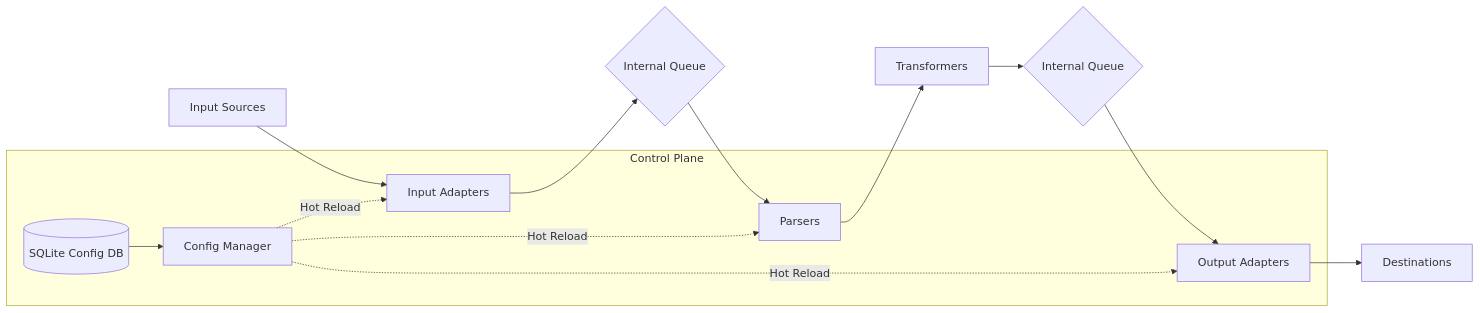
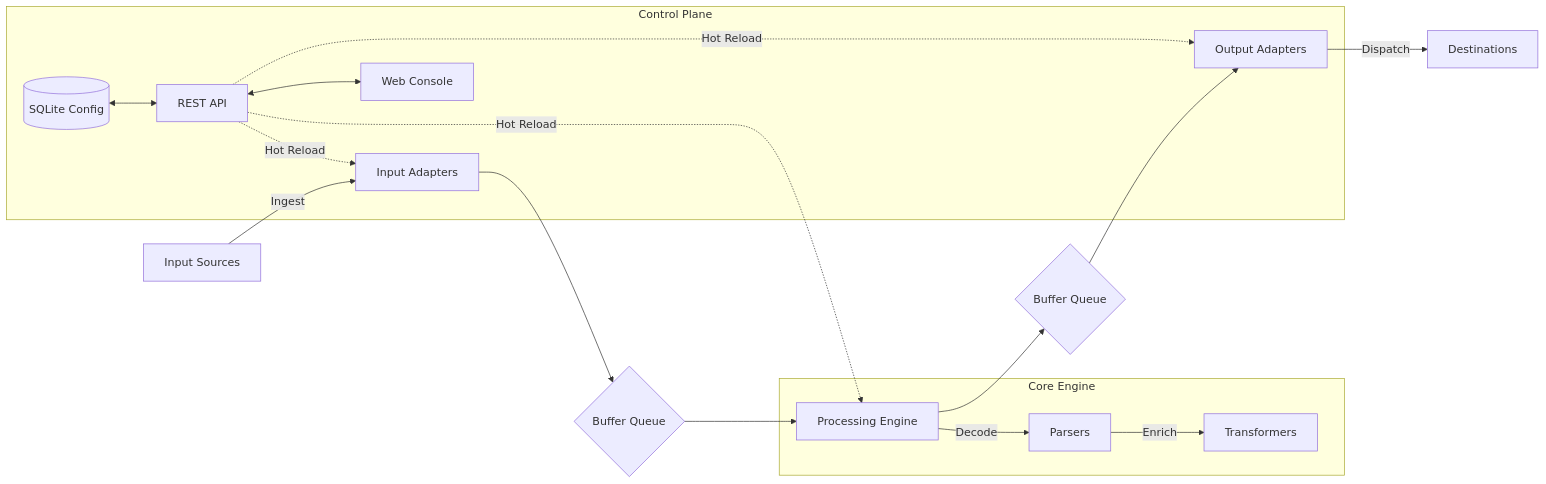
Before and after one commit to keinus/logparser: the second of 2 diagrams in README.md, drawn with Mermaid. The commit also changed other lines of this file and 1 other file, not shown here.

Commit message:
feat: update README with UI console documentation and architecture overhaul

````diff
--- a/README.md
+++ b/README.md
@@ -33,17 +70,23 @@
 ```mermaid
 graph LR
-    Input[Input Sources] --> IA[Input Adapters]
-    IA --> Q1{Internal Queue}
-    Q1 --> P[Parsers]
-    P --> T[Transformers]
-    T --> Q2{Internal Queue}
+    Input[Input Sources] -->|Ingest| IA[Input Adapters]
+    IA --> Q1{Buffer Queue}
+    Q1 --> Process[Processing Engine]
+    
+    subgraph "Core Engine"
+        Process -->|Decode| P[Parsers]
+        P -->|Enrich| T[Transformers]
+    end
+    
+    Process --> Q2{Buffer Queue}
     Q2 --> OA[Output Adapters]
-    OA --> Dest[Destinations]
+    OA -->|Dispatch| Dest[Destinations]
 
     subgraph "Control Plane"
-        DB[(SQLite Config DB)] --> CM[Config Manager]
-        CM -.->|Hot Reload| IA
-        CM -.->|Hot Reload| P
-        CM -.->|Hot Reload| OA
+        DB[(SQLite Config)] <--> API[REST API]
+        API <--> UI[Web Console]
+        API -.->|Hot Reload| IA
+        API -.->|Hot Reload| Process
+        API -.->|Hot Reload| OA
     end
 ```
````
